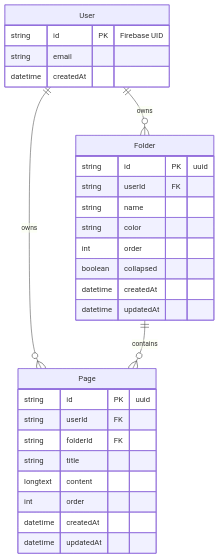
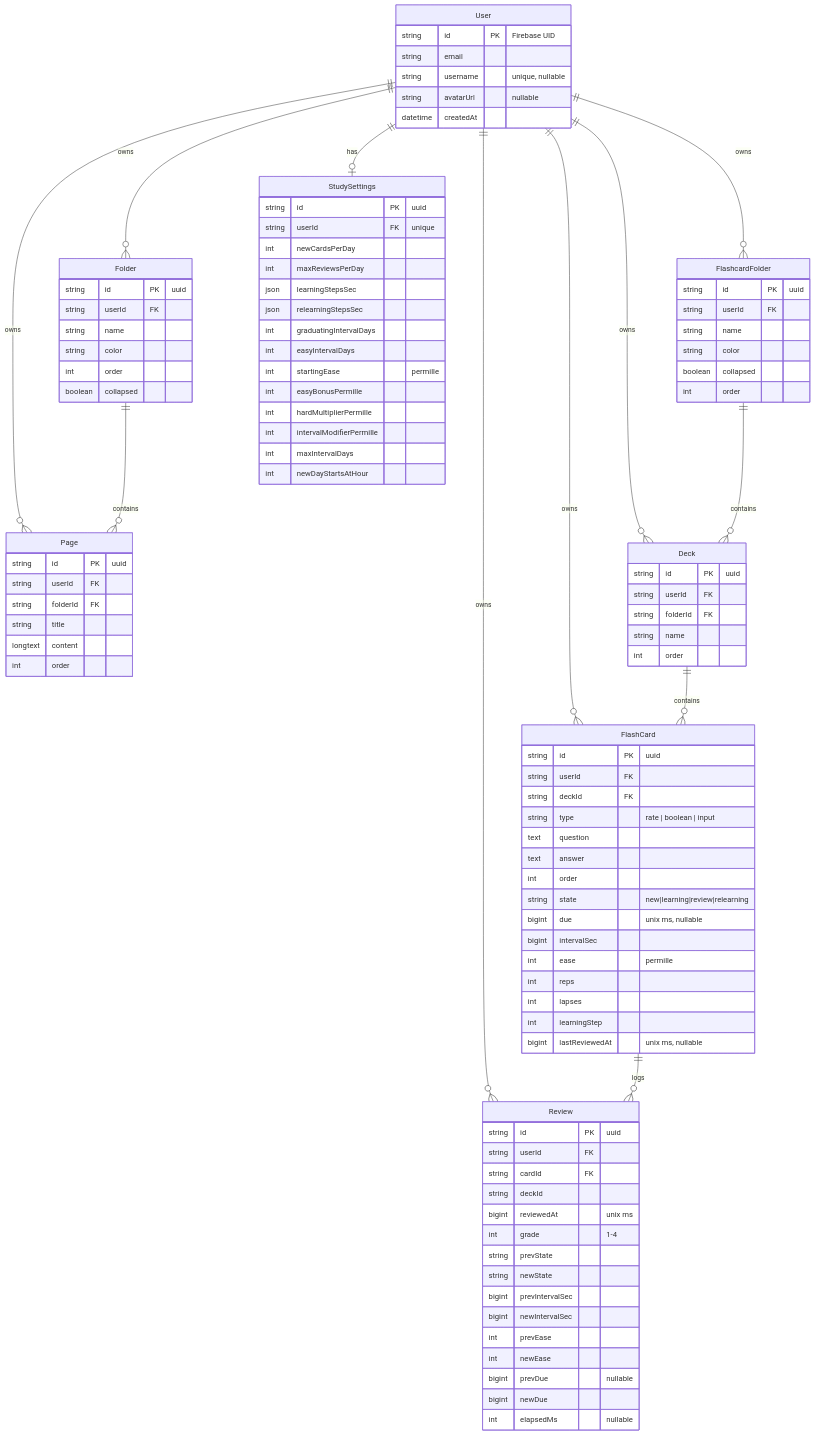
Before and after one commit to verclukacode/FERINoteDeck: the diagram in backend/docs/SETUP.md, drawn with Mermaid. The commit also changed other lines of this file, not shown here.

Commit message:
Document flashcard tables in SETUP.md
Update the ER diagram with FlashcardFolder, Deck, FlashCard (SM-2 fields),
Review and StudySettings (plus the User username/avatarUrl fields), refresh the
cascade notes, and extend the API overview with the flashcard, study-settings
and account routes.

````diff
--- a/backend/docs/SETUP.md
+++ b/backend/docs/SETUP.md
@@ -125,11 +125,21 @@
 erDiagram
     User ||--o{ Folder : owns
     User ||--o{ Page : owns
+    User ||--o{ FlashcardFolder : owns
+    User ||--o{ Deck : owns
+    User ||--o{ FlashCard : owns
+    User ||--o{ Review : owns
+    User ||--o| StudySettings : has
     Folder ||--o{ Page : contains
+    FlashcardFolder ||--o{ Deck : contains
+    Deck ||--o{ FlashCard : contains
+    FlashCard ||--o{ Review : logs
 
     User {
         string id PK "Firebase UID"
         string email
+        string username "unique, nullable"
+        string avatarUrl "nullable"
         datetime createdAt
     }
     Folder {
@@ -139,8 +149,6 @@
         string color
         int order
         boolean collapsed
-        datetime createdAt
-        datetime updatedAt
     }
     Page {
         string id PK "uuid"
@@ -149,7 +157,70 @@
         string title
         longtext content
         int order
-        datetime createdAt
-        datetime updatedAt
+    }
+    FlashcardFolder {
+        string id PK "uuid"
+        string userId FK
+        string name
+        string color
+        boolean collapsed
+        int order
+    }
+    Deck {
+        string id PK "uuid"
+        string userId FK
+        string folderId FK
+        string name
+        int order
+    }
+    FlashCard {
+        string id PK "uuid"
+        string userId FK
+        string deckId FK
+        string type "rate | boolean | input"
+        text question
+        text answer
+        int order
+        string state "new|learning|review|relearning"
+        bigint due "unix ms, nullable"
+        bigint intervalSec
+        int ease "permille"
+        int reps
+        int lapses
+        int learningStep
+        bigint lastReviewedAt "unix ms, nullable"
+    }
+    Review {
+        string id PK "uuid"
+        string userId FK
+        string cardId FK
+        string deckId
+        bigint reviewedAt "unix ms"
+        int grade "1-4"
+        string prevState
+        string newState
+        bigint prevIntervalSec
+        bigint newIntervalSec
+        int prevEase
+        int newEase
+        bigint prevDue "nullable"
+        bigint newDue
+        int elapsedMs "nullable"
+    }
+    StudySettings {
+        string id PK "uuid"
+        string userId FK "unique"
+        int newCardsPerDay
+        int maxReviewsPerDay
+        json learningStepsSec
+        json relearningStepsSec
+        int graduatingIntervalDays
+        int easyIntervalDays
+        int startingEase "permille"
+        int easyBonusPermille
+        int hardMultiplierPermille
+        int intervalModifierPermille
+        int maxIntervalDays
+        int newDayStartsAtHour
     }
 ```
````
